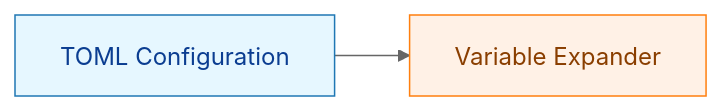
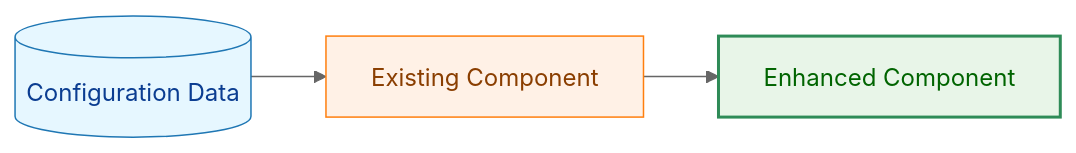
One commit to isseis/go-safe-cmd-runner changed the second of 7 diagrams in docs/tasks/0026_variable_expansion/02_architecture.md. Above: the diagram before and after it, drawn with Mermaid (neutral theme). The commit also changed other lines of this file and 9 other files, not shown here.

````diff
--- a/docs/tasks/0026_variable_expansion/02_architecture.md
+++ b/docs/tasks/0026_variable_expansion/02_architecture.md
@@ -63,10 +50,12 @@
 ```mermaid
-%% Legend: data (blue) vs process (orange)
+%% Legend: data (blue) vs process (orange) vs enhanced (green)
 flowchart LR
     classDef data fill:#e6f7ff,stroke:#1f77b4,stroke-width:1px,color:#0b3d91;
     classDef process fill:#fff1e6,stroke:#ff7f0e,stroke-width:1px,color:#8a3e00;
+    classDef enhanced fill:#e8f5e8,stroke:#2e8b57,stroke-width:2px,color:#006400;
 
-    D1[TOML Configuration] --> P1[Variable Expander]
+    D1[(Configuration Data)] --> P1[Existing Component] --> E1[Enhanced Component]
     class D1 data
     class P1 process
+    class E1 enhanced
 ```
````
